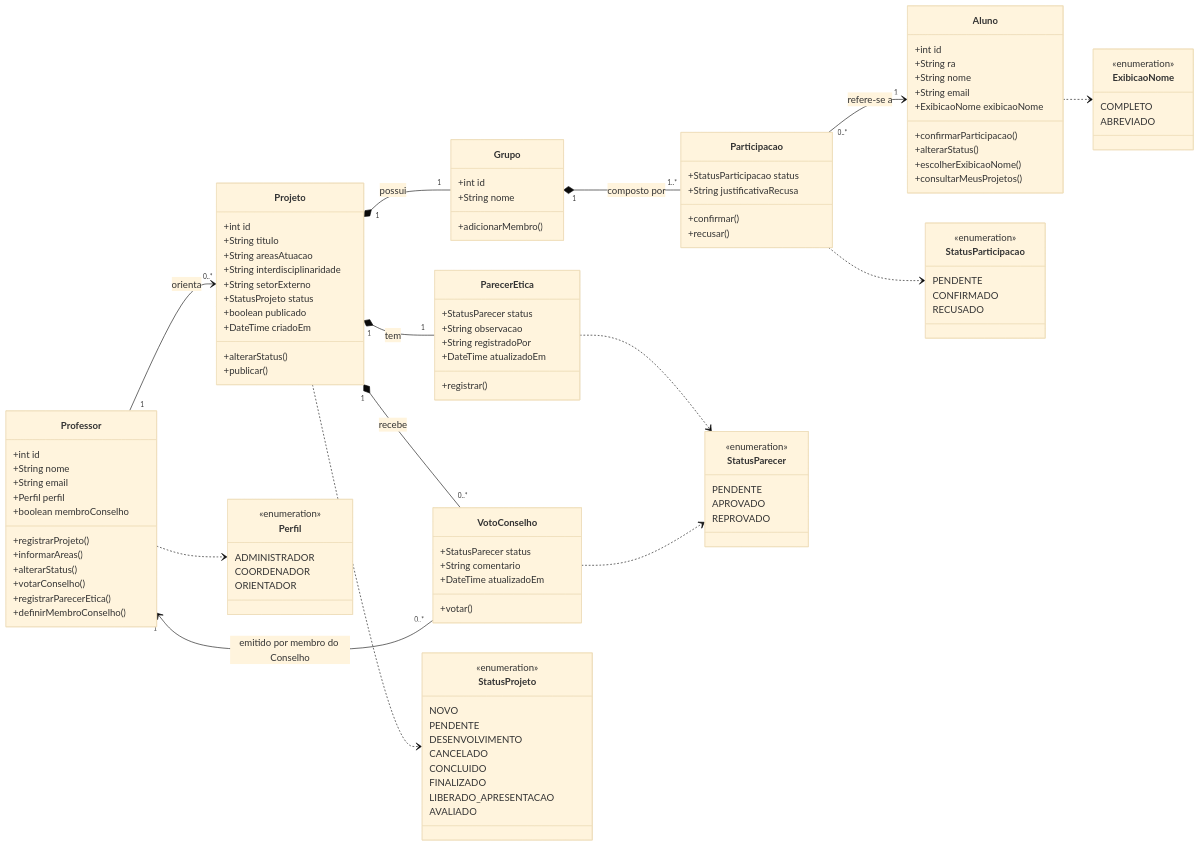
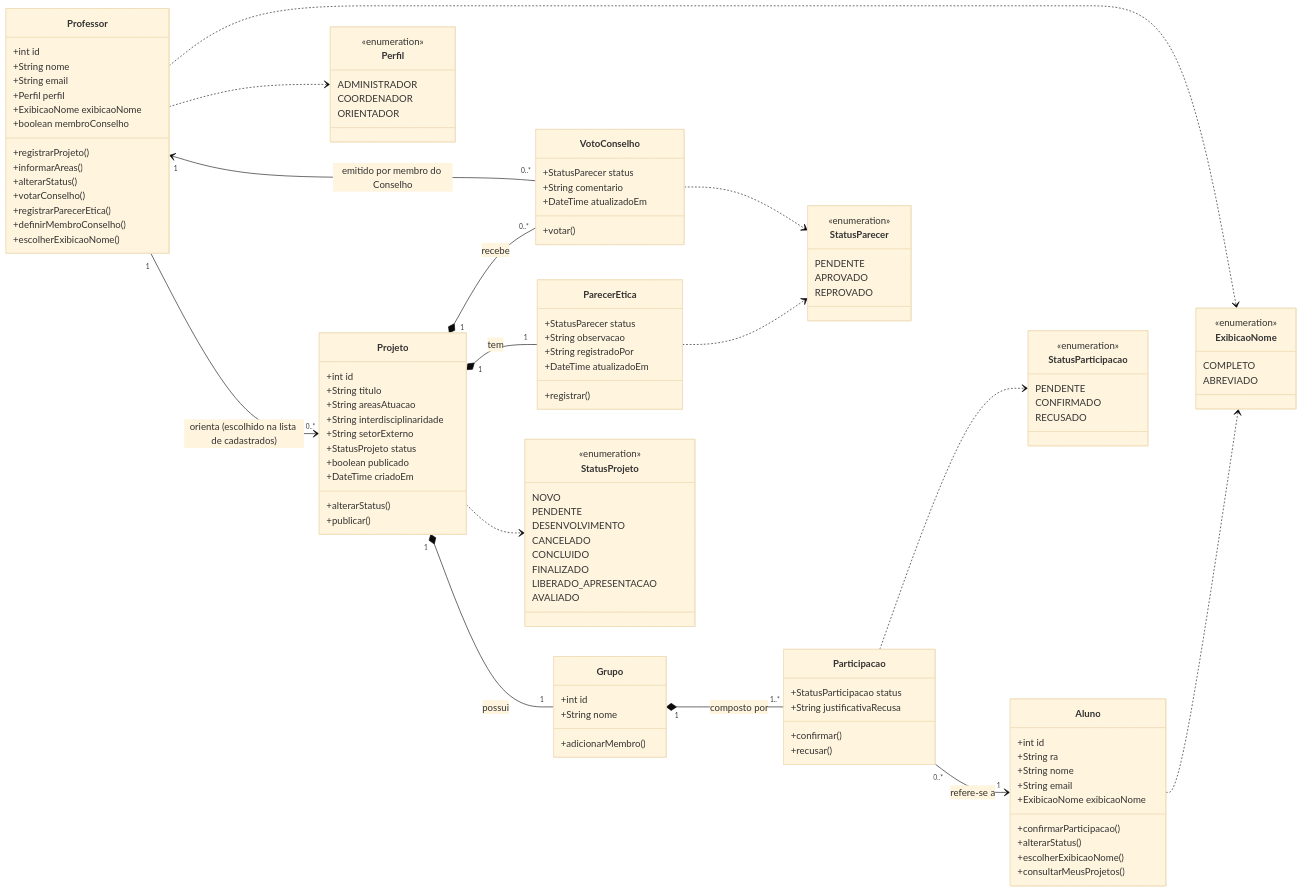
One commit to HevertonMarques/desweb_rep changed the diagram in documentos/entidades/diagrama-classes.mmd. Above: the diagram before and after it, drawn with Mermaid (base theme). The commit also changed 2 other files, not shown here.

```diff
--- a/documentos/entidades/diagrama-classes.mmd
+++ b/documentos/entidades/diagrama-classes.mmd
@@ -1,109 +1,112 @@
 classDiagram
   direction LR
   class Professor {
     +int id
     +String nome
     +String email
     +Perfil perfil
+    +ExibicaoNome exibicaoNome
     +boolean membroConselho
     +registrarProjeto()
     +informarAreas()
     +alterarStatus()
     +votarConselho()
     +registrarParecerEtica()
     +definirMembroConselho()
+    +escolherExibicaoNome()
   }
   class Aluno {
     +int id
     +String ra
     +String nome
     +String email
     +ExibicaoNome exibicaoNome
     +confirmarParticipacao()
     +alterarStatus()
     +escolherExibicaoNome()
     +consultarMeusProjetos()
   }
   class Projeto {
     +int id
     +String titulo
     +String areasAtuacao
     +String interdisciplinaridade
     +String setorExterno
     +StatusProjeto status
     +boolean publicado
     +DateTime criadoEm
     +alterarStatus()
     +publicar()
   }
   class Grupo {
     +int id
     +String nome
     +adicionarMembro()
   }
   class Participacao {
     +StatusParticipacao status
     +String justificativaRecusa
     +confirmar()
     +recusar()
   }
   class ParecerEtica {
     +StatusParecer status
     +String observacao
     +String registradoPor
     +DateTime atualizadoEm
     +registrar()
   }
   class VotoConselho {
     +StatusParecer status
     +String comentario
     +DateTime atualizadoEm
     +votar()
   }
   class StatusProjeto {
     <<enumeration>>
     NOVO
     PENDENTE
     DESENVOLVIMENTO
     CANCELADO
     CONCLUIDO
     FINALIZADO
     LIBERADO_APRESENTACAO
     AVALIADO
   }
   class StatusParticipacao {
     <<enumeration>>
     PENDENTE
     CONFIRMADO
     RECUSADO
   }
   class StatusParecer {
     <<enumeration>>
     PENDENTE
     APROVADO
     REPROVADO
   }
   class ExibicaoNome {
     <<enumeration>>
     COMPLETO
     ABREVIADO
   }
   class Perfil {
     <<enumeration>>
     ADMINISTRADOR
     COORDENADOR
     ORIENTADOR
   }
-  Professor "1" --> "0..*" Projeto : orienta
+  Professor "1" --> "0..*" Projeto : orienta (escolhido na lista de cadastrados)
   Projeto "1" *-- "1" Grupo : possui
   Grupo "1" *-- "1..*" Participacao : composto por
   Participacao "0..*" --> "1" Aluno : refere-se a
   Projeto "1" *-- "1" ParecerEtica : tem
   Projeto "1" *-- "0..*" VotoConselho : recebe
   VotoConselho "0..*" --> "1" Professor : emitido por membro do Conselho
   Projeto ..> StatusProjeto
   Participacao ..> StatusParticipacao
   ParecerEtica ..> StatusParecer
   VotoConselho ..> StatusParecer
   Aluno ..> ExibicaoNome
+  Professor ..> ExibicaoNome
   Professor ..> Perfil
```
